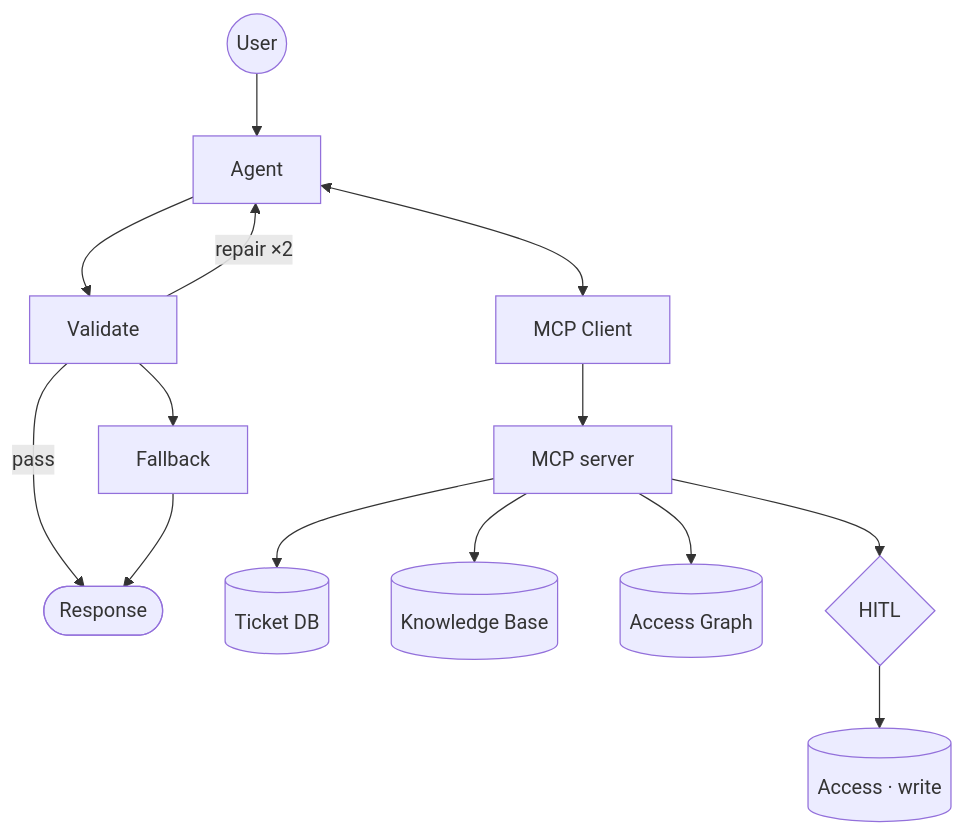
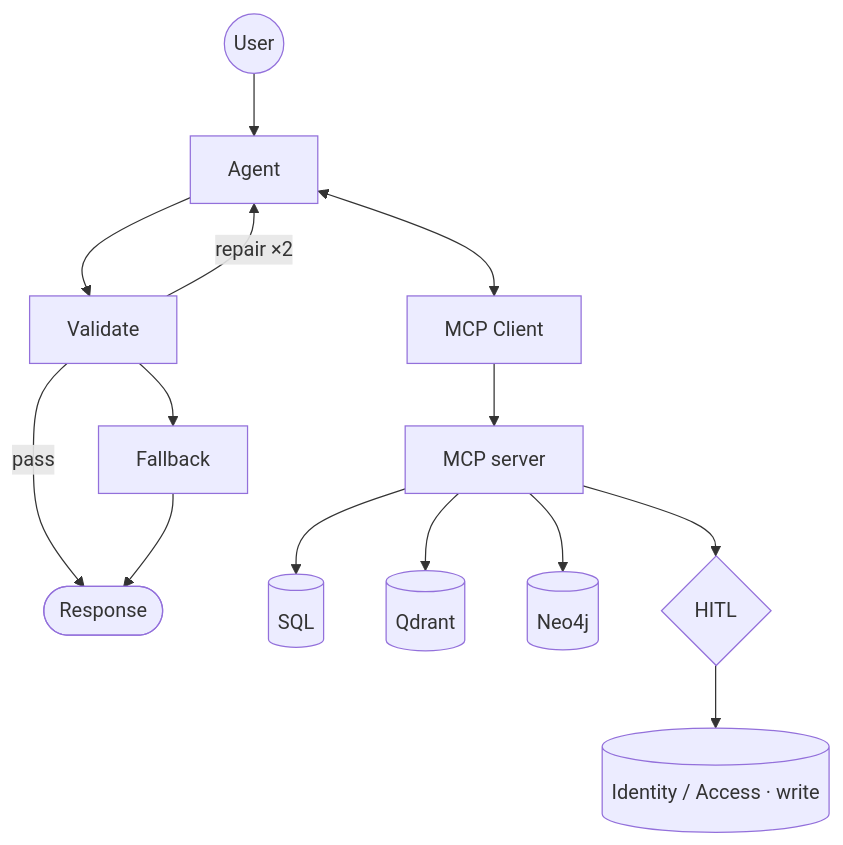
The second of 2 diagrams in scratch/reskin-hitl.md (sazzad-kamal/crm-agentic-mcp-engine), drawn with Mermaid before and after one commit. The commit also changed other lines of this file, not shown here.

Commit message:
Make scratch diagram identical to D1 (same sql/rag/graph); only drop Action/Followup + add HITL

````diff
--- a/scratch/reskin-hitl.md
+++ b/scratch/reskin-hitl.md
@@ -45,22 +45,22 @@
 ```mermaid
 flowchart TB
     Q(("User")) --> AGENT["Agent"]
 
     AGENT <--> MCP_CLIENT["MCP Client"]
     MCP_CLIENT --> MCPSRV["MCP server"]
 
     AGENT --> VAL["Validate"]
     VAL -->|"repair ×2"| AGENT
     VAL --> FB["Fallback"]
     VAL -->|pass| RESP
     FB --> RESP
 
     RESP(["Response"])
 
-    MCPSRV --> DB[("Ticket DB")]
-    MCPSRV --> VS[("Knowledge Base")]
-    MCPSRV --> N4[("Access Graph")]
+    MCPSRV --> DB[("SQL")]
+    MCPSRV --> VS[("Qdrant")]
+    MCPSRV --> N4[("Neo4j")]
 
     MCPSRV --> GATE{"HITL"}
-    GATE --> WR[("Access · write")]
+    GATE --> WR[("Identity / Access · write")]
 ```
````
